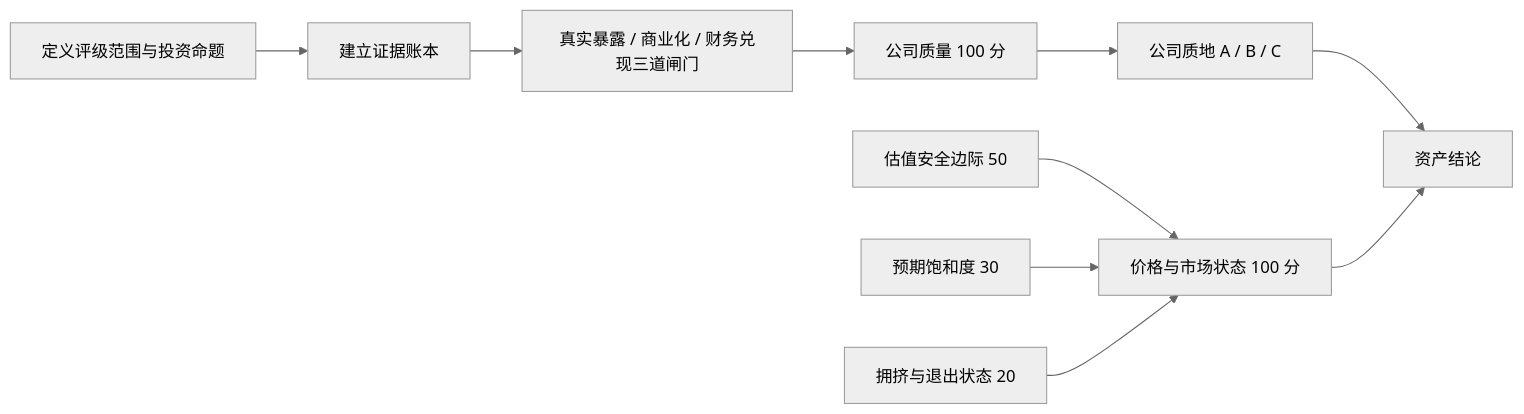
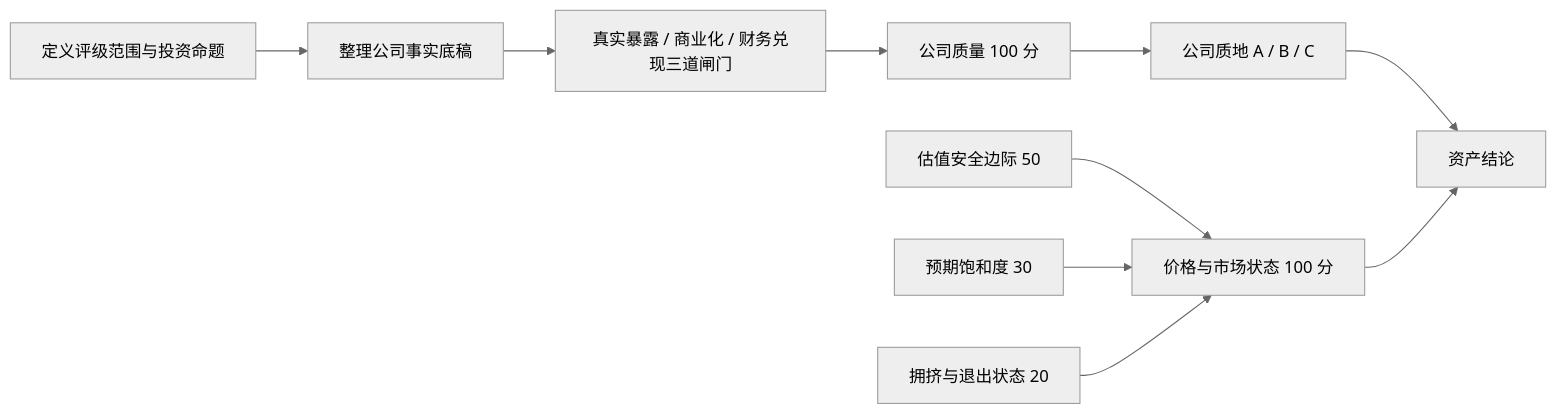
Before and after one commit to Pizno555/a-stock-abc-classifier: the diagram in README.md, drawn with Mermaid (neutral theme). The commit also changed other lines of this file and 4 other files, not shown here.

````diff
--- a/README.md
+++ b/README.md
@@ -27,14 +27,14 @@
 ```mermaid
 flowchart LR
-    T["定义评级范围与投资命题"] --> E["建立证据账本"]
+    T["定义评级范围与投资命题"] --> E["整理公司事实底稿"]
     E --> G["真实暴露 / 商业化 / 财务兑现三道闸门"]
     G --> Q["公司质量 100 分"]
     Q --> ABC["公司质地 A / B / C"]
 
     V["估值安全边际 50"] --> M["价格与市场状态 100 分"]
     X["预期饱和度 30"] --> M
     C["拥挤与退出状态 20"] --> M
 
     ABC --> A["资产结论"]
     M --> A
 ```
````
